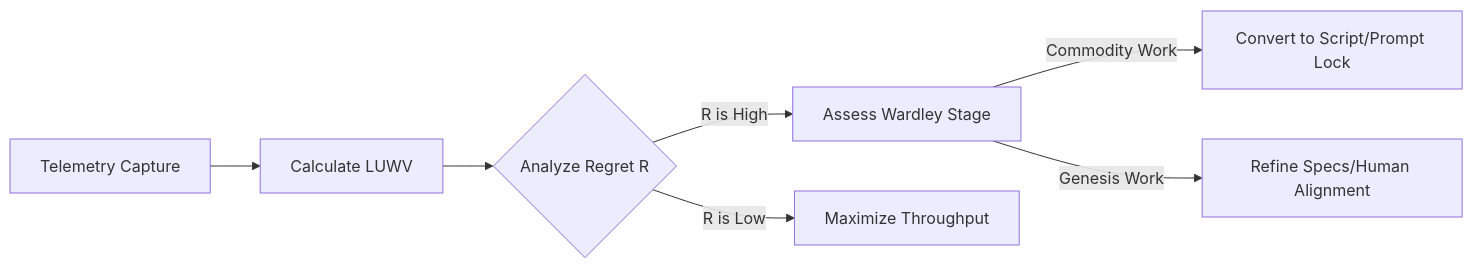
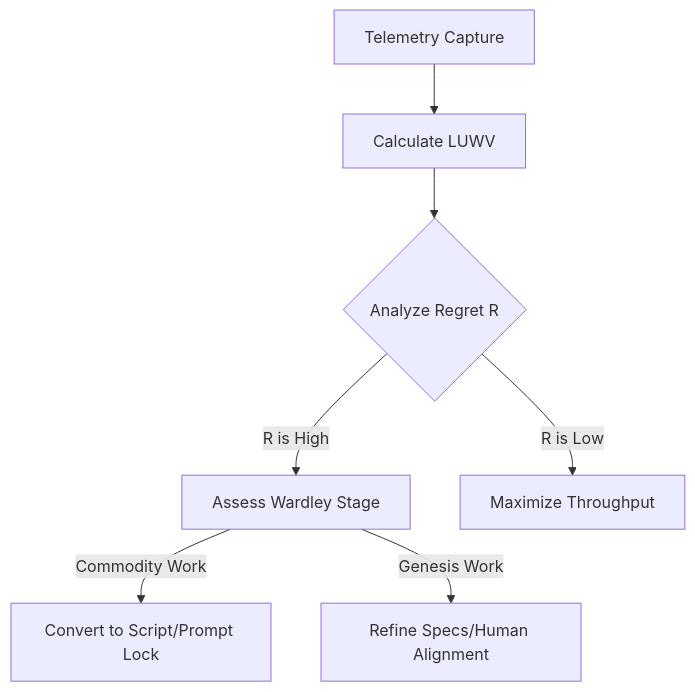
The second of 3 diagrams in src/content/posts/finops-and-unregretted-work-framework.md (ayahohner/inner-lattice), drawn with Mermaid before and after one commit.

Commit message:
Change flowchart direction from LR to TD
Updated flowchart direction in the Telemetry & Match Loop section.

````diff
--- a/src/content/posts/finops-and-unregretted-work-framework.md
+++ b/src/content/posts/finops-and-unregretted-work-framework.md
@@ -236,9 +236,9 @@
 ```mermaid
-flowchart LR
+flowchart TD
     A[Telemetry Capture] --> B[Calculate LUWV]
     B --> C{Analyze Regret R}
     C -->|R is High| D[Assess Wardley Stage]
     C -->|R is Low| E[Maximize Throughput]
     D -->|Commodity Work| F[Convert to Script/Prompt Lock]
     D -->|Genesis Work| G[Refine Specs/Human Alignment]
 ```
````
